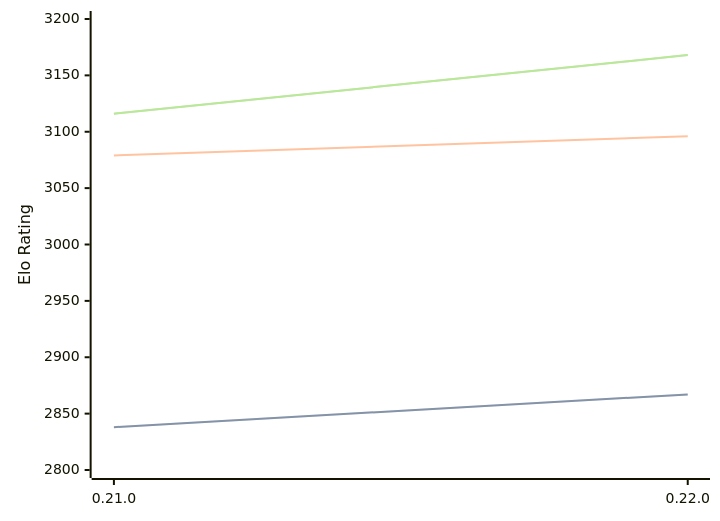
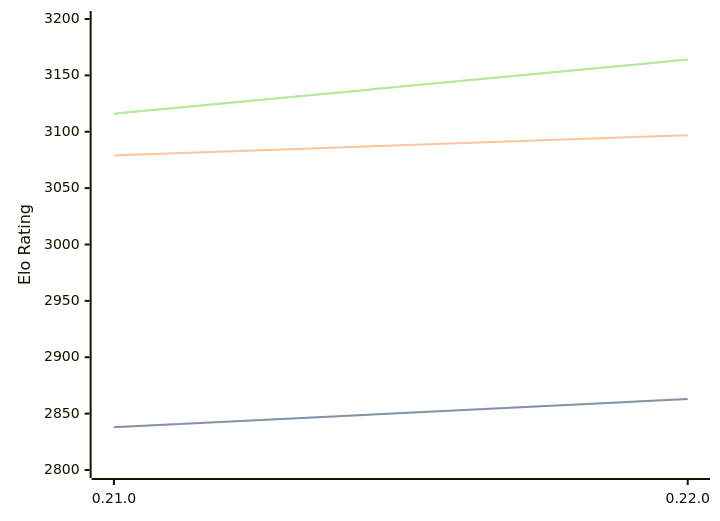
Before and after one commit to computer-chess-index/cci: the diagram in engines/Princhess.md, drawn with Mermaid. The commit also changed other lines of this file, not shown here.

Commit message:
Update CCI Ratings (ELO VLTC) - 2026-09-10

````diff
--- a/engines/Princhess.md
+++ b/engines/Princhess.md
@@ -32,11 +32,11 @@
 ```mermaid
 %%{init: {"theme":"base","themeVariables":{"seriesColors:['#a3a3a3','#222221','#faa371']}}}%%
 xychart-beta
   x-axis ["0.21.0", "0.22.0"]
   y-axis "Elo Rating" 2800 --> 3200
-  line "" [2838, 2867]
-  line "STC (8.0+0.08s)" [2838, 2867]
-  line "LTC (60.0+0.60s)" [3079, 3096]
-  line "" [3116, 3168]
-  line "VLTC (2m24s+1.12s)" [3116, 3168]
+  line "" [2838, 2863]
+  line "STC (8.0+0.08s)" [2838, 2863]
+  line "LTC (60.0+0.60s)" [3079, 3097]
+  line "" [3116, 3164]
+  line "VLTC (2m24s+1.12s)" [3116, 3164]
 ```
````
